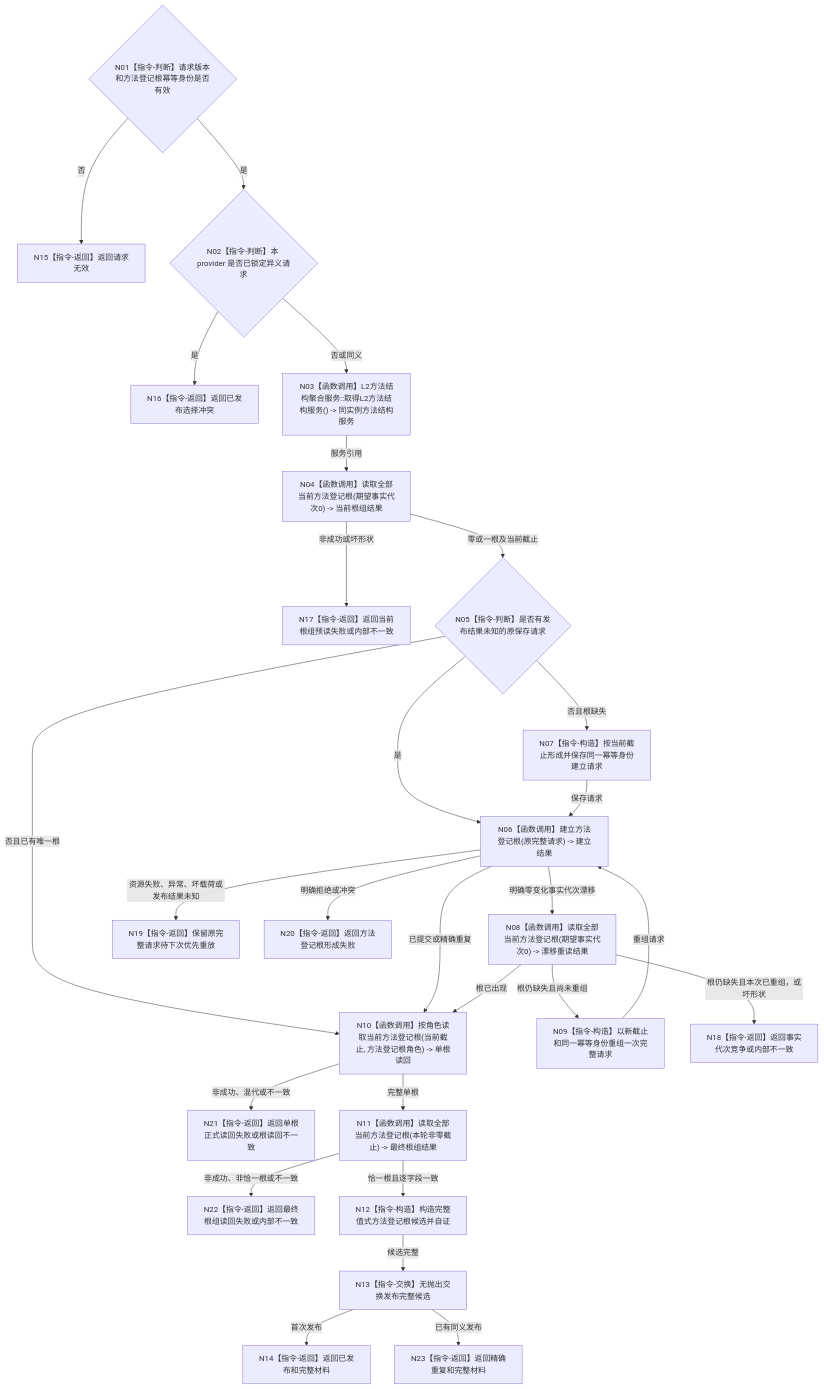
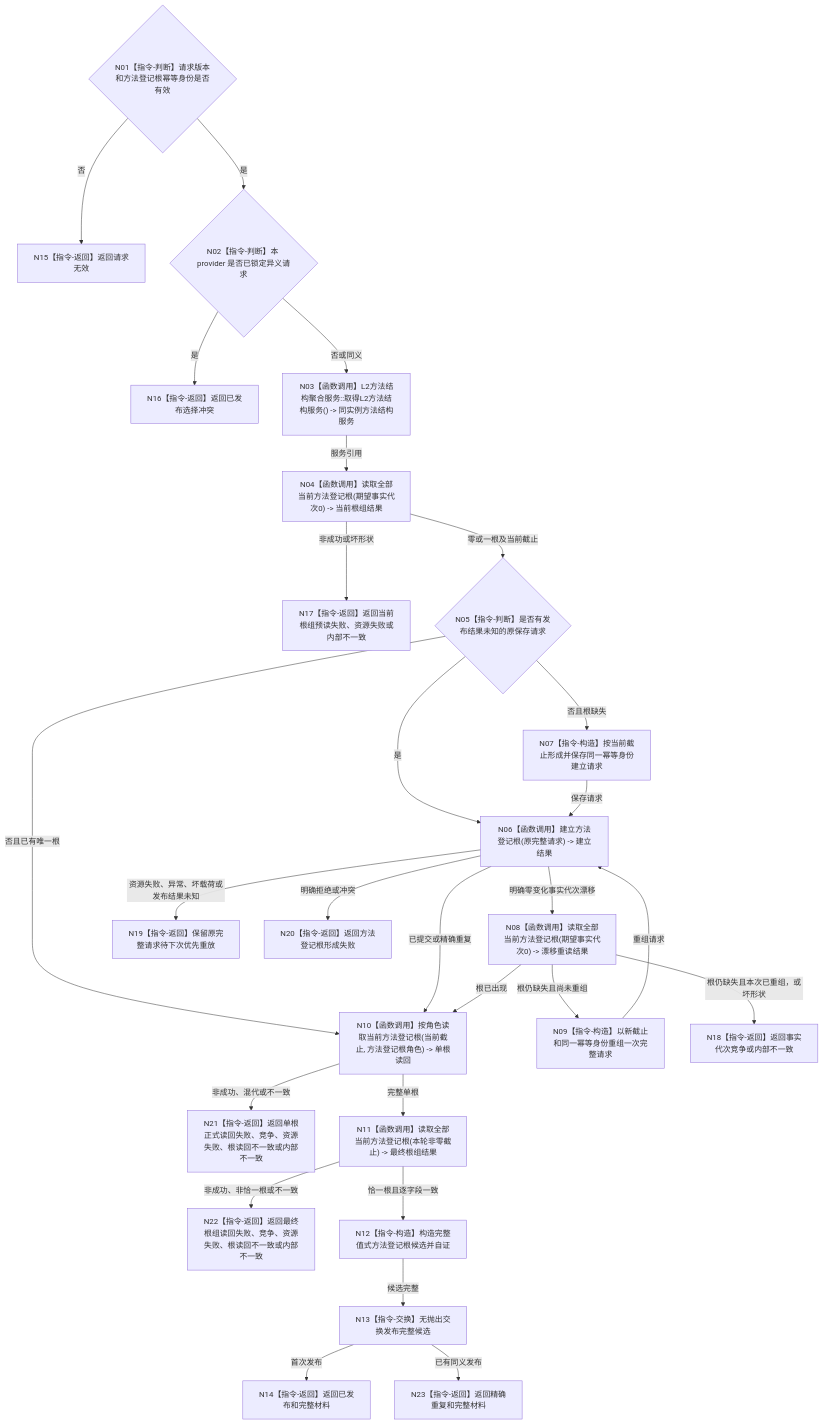
Before and after one commit to chunhaizh-cyber/HY-Ego: the diagram in 流程图/目标业务流程图/L3/BIZ-L3-001-03-10_初始化并发布方法登记根_目标函数流程图_v0.1.md, drawn with Mermaid. The commit also changed other lines of this file and 6 other files, not shown here.

````diff
--- a/流程图/目标业务流程图/L3/BIZ-L3-001-03-10_初始化并发布方法登记根_目标函数流程图_v0.1.md
+++ b/流程图/目标业务流程图/L3/BIZ-L3-001-03-10_初始化并发布方法登记根_目标函数流程图_v0.1.md
@@ -31,29 +31,29 @@
 ```mermaid
 flowchart TD
     N01{"N01【指令-判断】请求版本和方法登记根幂等身份是否有效"} -->|否| N15["N15【指令-返回】返回请求无效"]
     N01 -->|是| N02{"N02【指令-判断】本 provider 是否已锁定异义请求"}
     N02 -->|是| N16["N16【指令-返回】返回已发布选择冲突"]
     N02 -->|否或同义| N03["N03【函数调用】L2方法结构聚合服务::取得L2方法结构服务() -> 同实例方法结构服务"]
     N03 -->|服务引用| N04["N04【函数调用】读取全部当前方法登记根(期望事实代次0) -> 当前根组结果"]
-    N04 -->|非成功或坏形状| N17["N17【指令-返回】返回当前根组预读失败或内部不一致"]
+    N04 -->|非成功或坏形状| N17["N17【指令-返回】返回当前根组预读失败、资源失败或内部不一致"]
     N04 -->|零或一根及当前截止| N05{"N05【指令-判断】是否有发布结果未知的原保存请求"}
     N05 -->|是| N06["N06【函数调用】建立方法登记根(原完整请求) -> 建立结果"]
     N05 -->|否且根缺失| N07["N07【指令-构造】按当前截止形成并保存同一幂等身份建立请求"]
     N07 -->|保存请求| N06
     N05 -->|否且已有唯一根| N10["N10【函数调用】按角色读取当前方法登记根(当前截止, 方法登记根角色) -> 单根读回"]
     N06 -->|已提交或精确重复| N10
     N06 -->|明确零变化事实代次漂移| N08["N08【函数调用】读取全部当前方法登记根(期望事实代次0) -> 漂移重读结果"]
     N08 -->|根已出现| N10
     N08 -->|根仍缺失且尚未重组| N09["N09【指令-构造】以新截止和同一幂等身份重组一次完整请求"]
     N09 -->|重组请求| N06
     N08 -->|根仍缺失且本次已重组，或坏形状| N18["N18【指令-返回】返回事实代次竞争或内部不一致"]
     N06 -->|资源失败、异常、坏载荷或发布结果未知| N19["N19【指令-返回】保留原完整请求待下次优先重放"]
     N06 -->|明确拒绝或冲突| N20["N20【指令-返回】返回方法登记根形成失败"]
-    N10 -->|非成功、混代或不一致| N21["N21【指令-返回】返回单根正式读回失败或根读回不一致"]
+    N10 -->|非成功、混代或不一致| N21["N21【指令-返回】返回单根正式读回失败、竞争、资源失败、根读回不一致或内部不一致"]
     N10 -->|完整单根| N11["N11【函数调用】读取全部当前方法登记根(本轮非零截止) -> 最终根组结果"]
-    N11 -->|非成功、非恰一根或不一致| N22["N22【指令-返回】返回最终根组读回失败或内部不一致"]
+    N11 -->|非成功、非恰一根或不一致| N22["N22【指令-返回】返回最终根组读回失败、竞争、资源失败、根读回不一致或内部不一致"]
     N11 -->|恰一根且逐字段一致| N12["N12【指令-构造】构造完整值式方法登记根候选并自证"]
     N12 -->|候选完整| N13["N13【指令-交换】无抛出交换发布完整候选"]
     N13 -->|首次发布| N14["N14【指令-返回】返回已发布和完整材料"]
     N13 -->|已有同义发布| N23["N23【指令-返回】返回精确重复和完整材料"]
 ```
````
